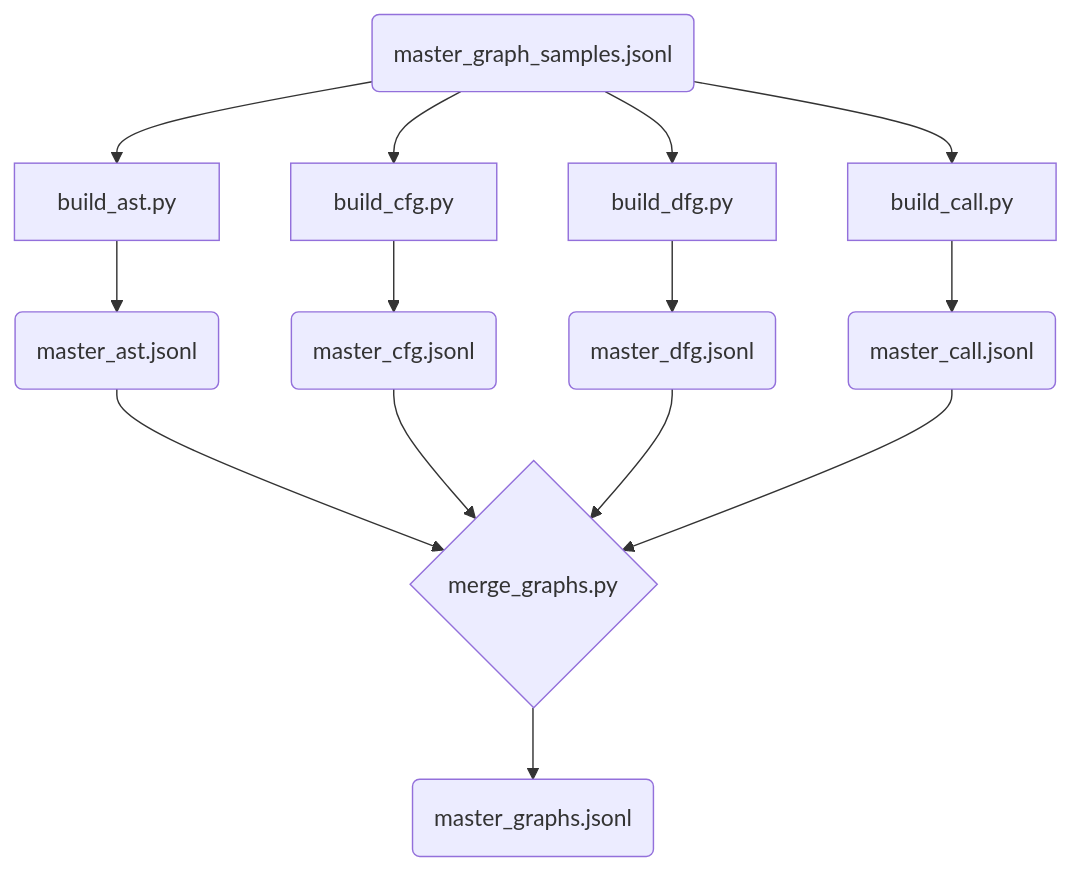
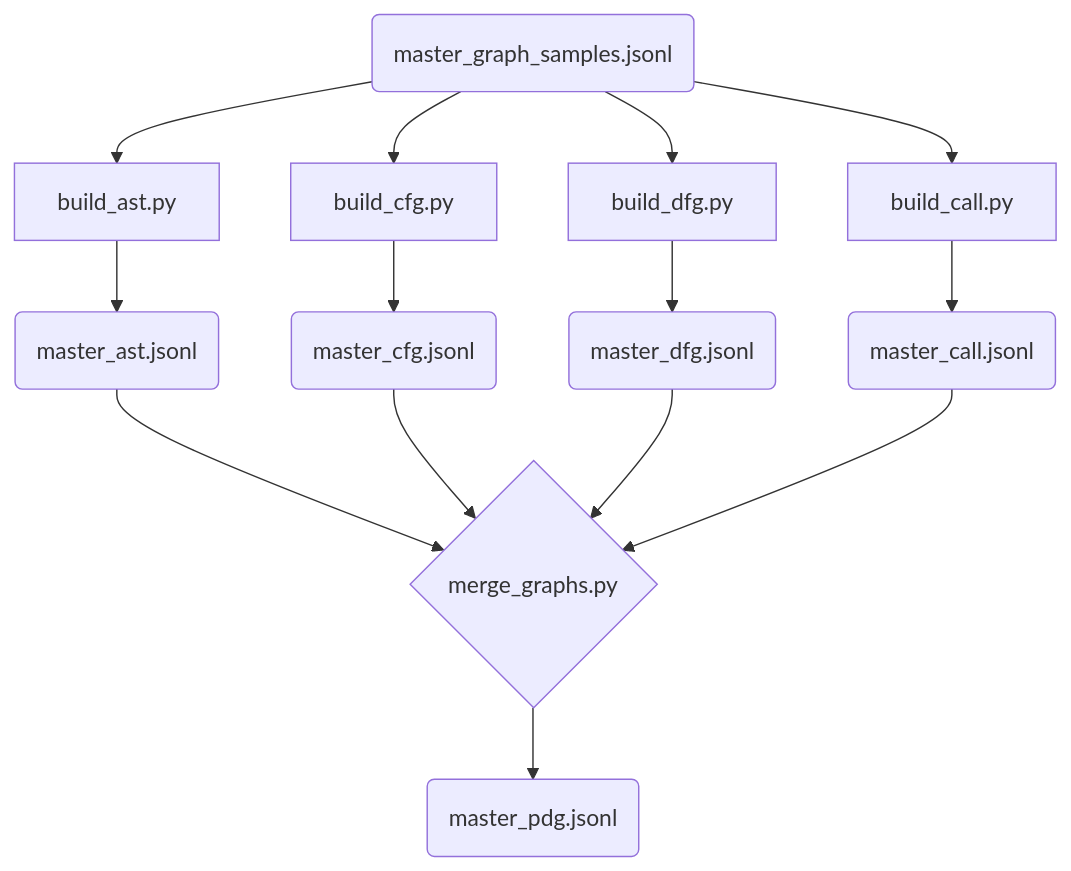
Before and after one commit to NhatWoan-20/VulHunter: the diagram in scripts/graph/README.md, drawn with Mermaid. The commit also changed other lines of this file and 48 other files, not shown here.

Commit message:
Migrate graph pipeline to PDG (master_pdg.jsonl)

````diff
--- a/scripts/graph/README.md
+++ b/scripts/graph/README.md
@@ -9,19 +9,19 @@
 ```mermaid
 flowchart TD
     A(master_graph_samples.jsonl) --> B1[build_ast.py]
     A --> B2[build_cfg.py]
     A --> B3[build_dfg.py]
     A --> B4[build_call.py]
     
     B1 --> C1(master_ast.jsonl)
     B2 --> C2(master_cfg.jsonl)
     B3 --> C3(master_dfg.jsonl)
     B4 --> C4(master_call.jsonl)
     
     C1 --> D{merge_graphs.py}
     C2 --> D
     C3 --> D
     C4 --> D
     
-    D --> E(master_graphs.jsonl)
+    D --> E(master_pdg.jsonl)
 ```
````
